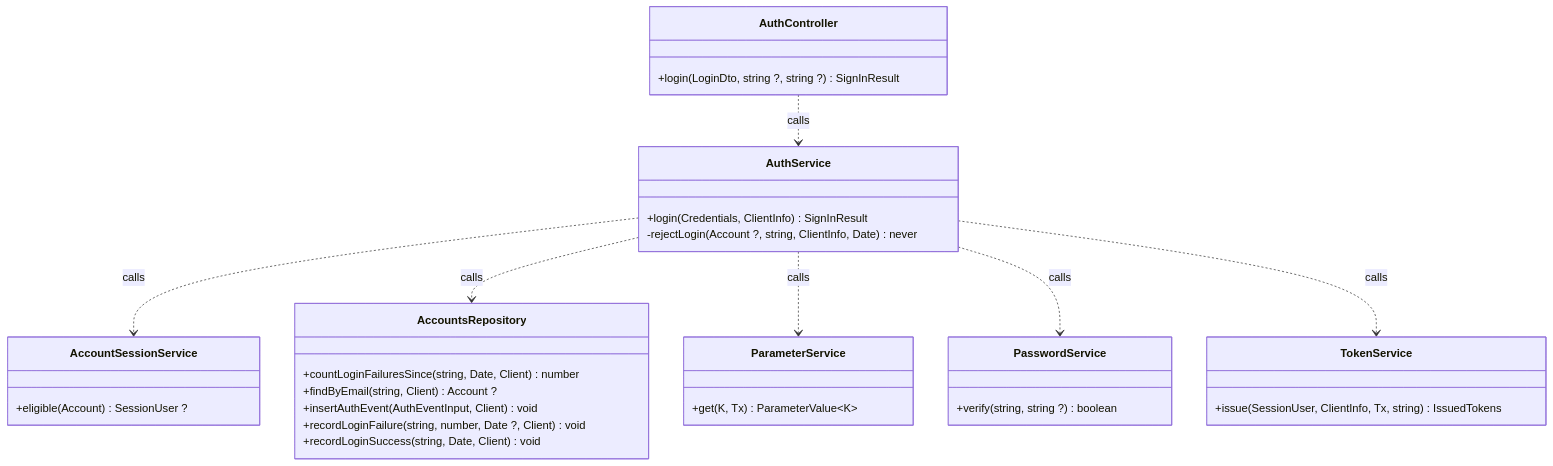
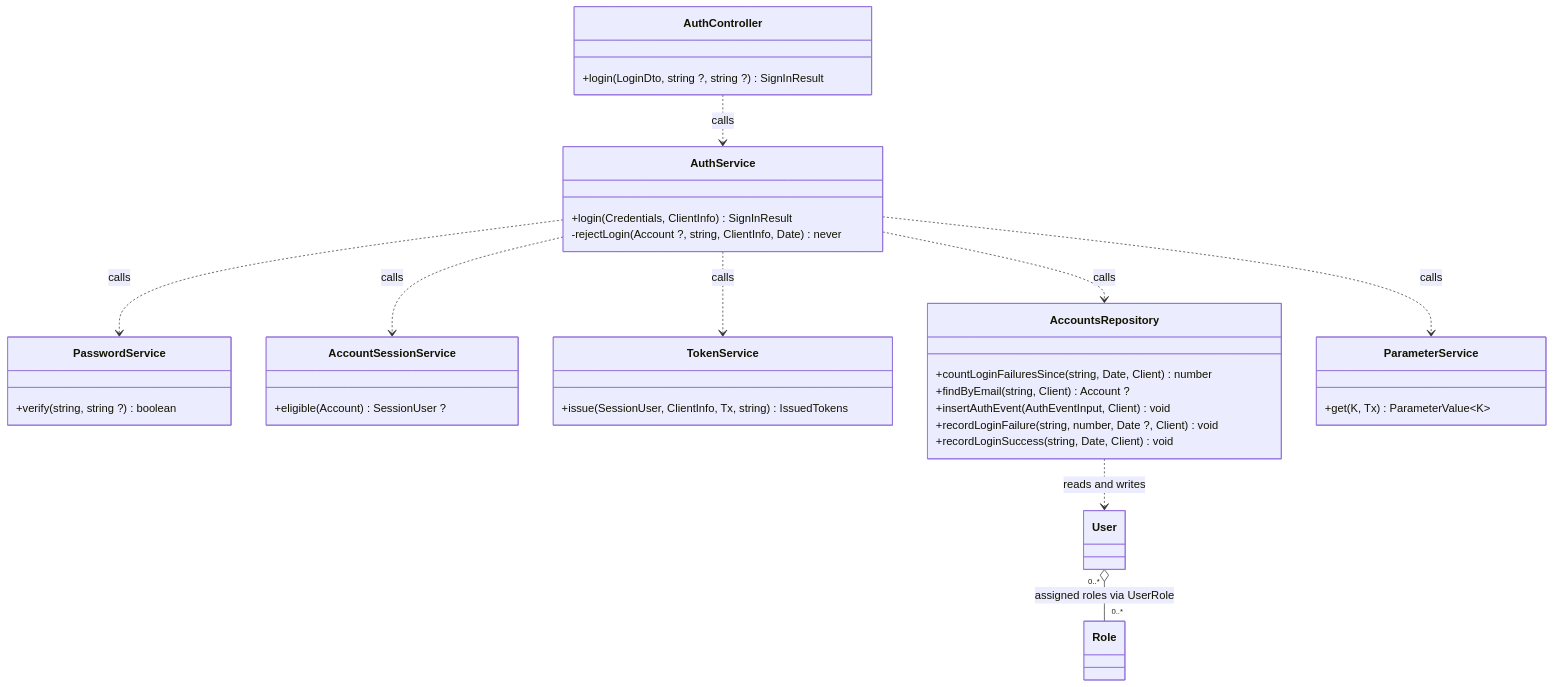
One commit to TrekLink-Team/treklink-web changed the third of 14 diagrams in specs/auth/design.md. Above: the diagram before and after it, drawn with Mermaid. The commit also changed other lines of this file and 7 other files, not shown here.

First line of the commit message:
docs: add code-backed UML class relations and split views

````diff
--- a/specs/auth/design.md
+++ b/specs/auth/design.md
@@ -213,36 +213,45 @@
 ```mermaid
 classDiagram
     direction TB
     class AuthController {
         +login(LoginDto, string ?, string ?) SignInResult
     }
     class AuthService {
         +login(Credentials, ClientInfo) SignInResult
         -rejectLogin(Account ?, string, ClientInfo, Date) never
     }
     class PasswordService {
         +verify(string, string ?) boolean
     }
     class AccountSessionService {
         +eligible(Account) SessionUser ?
     }
     class TokenService {
         +issue(SessionUser, ClientInfo, Tx, string) IssuedTokens
     }
     class AccountsRepository {
         +countLoginFailuresSince(string, Date, Client) number
         +findByEmail(string, Client) Account ?
         +insertAuthEvent(AuthEventInput, Client) void
         +recordLoginFailure(string, number, Date ?, Client) void
         +recordLoginSuccess(string, Date, Client) void
     }
     class ParameterService {
         +get(K, Tx) ParameterValue~K~
     }
     AuthController ..> AuthService : calls
     AuthService ..> AccountSessionService : calls
     AuthService ..> AccountsRepository : calls
     AuthService ..> ParameterService : calls
     AuthService ..> PasswordService : calls
     AuthService ..> TokenService : calls
+
+    class User
+    class Role
+    %% backend/prisma/schema.prisma:273-285; role grants refer to reusable Role rows, not owned role lifetimes.
+    User "0..*" o-- "0..*" Role : assigned roles via UserRole
+    %% backend/src/modules/auth/accounts.repository.ts:64-79; account rows are Prisma User projections.
+    AccountsRepository ..> User : reads and writes
+    %% sdd-view: operations | AuthController,AuthService,PasswordService,AccountSessionService,TokenService,AccountsRepository,ParameterService
+    %% sdd-view: domain relations | User,Role
 ```
````
